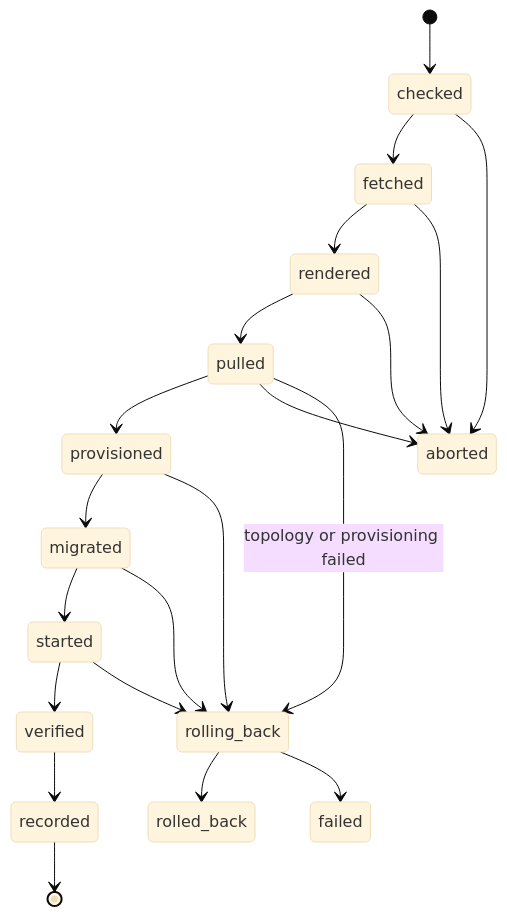
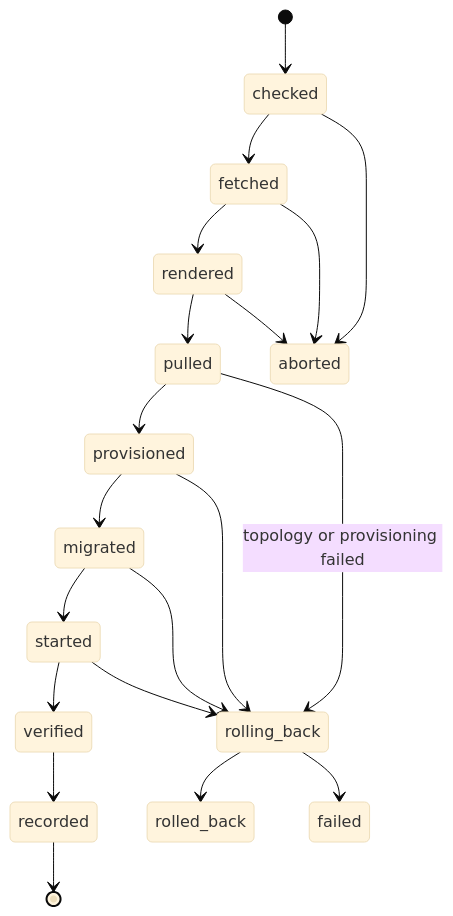
One commit to JoseAlbDR/jadero-dev changed the diagram in docs/runbooks/deploy.md. Above: the diagram before and after it, drawn with Mermaid (base theme). The commit also changed other lines of this file and 1 other file, not shown here.

````diff
--- a/docs/runbooks/deploy.md
+++ b/docs/runbooks/deploy.md
@@ -26,23 +26,22 @@
 ```mermaid
 stateDiagram-v2
   [*] --> checked
   checked --> fetched
   fetched --> rendered
   rendered --> pulled
   pulled --> provisioned
   provisioned --> migrated
   migrated --> started
   started --> verified
   verified --> recorded
   recorded --> [*]
   checked --> aborted
   fetched --> aborted
   rendered --> aborted
-  pulled --> aborted
   pulled --> rolling_back: topology or provisioning failed
   provisioned --> rolling_back
   migrated --> rolling_back
   started --> rolling_back
   rolling_back --> rolled_back
   rolling_back --> failed
 ```
````
